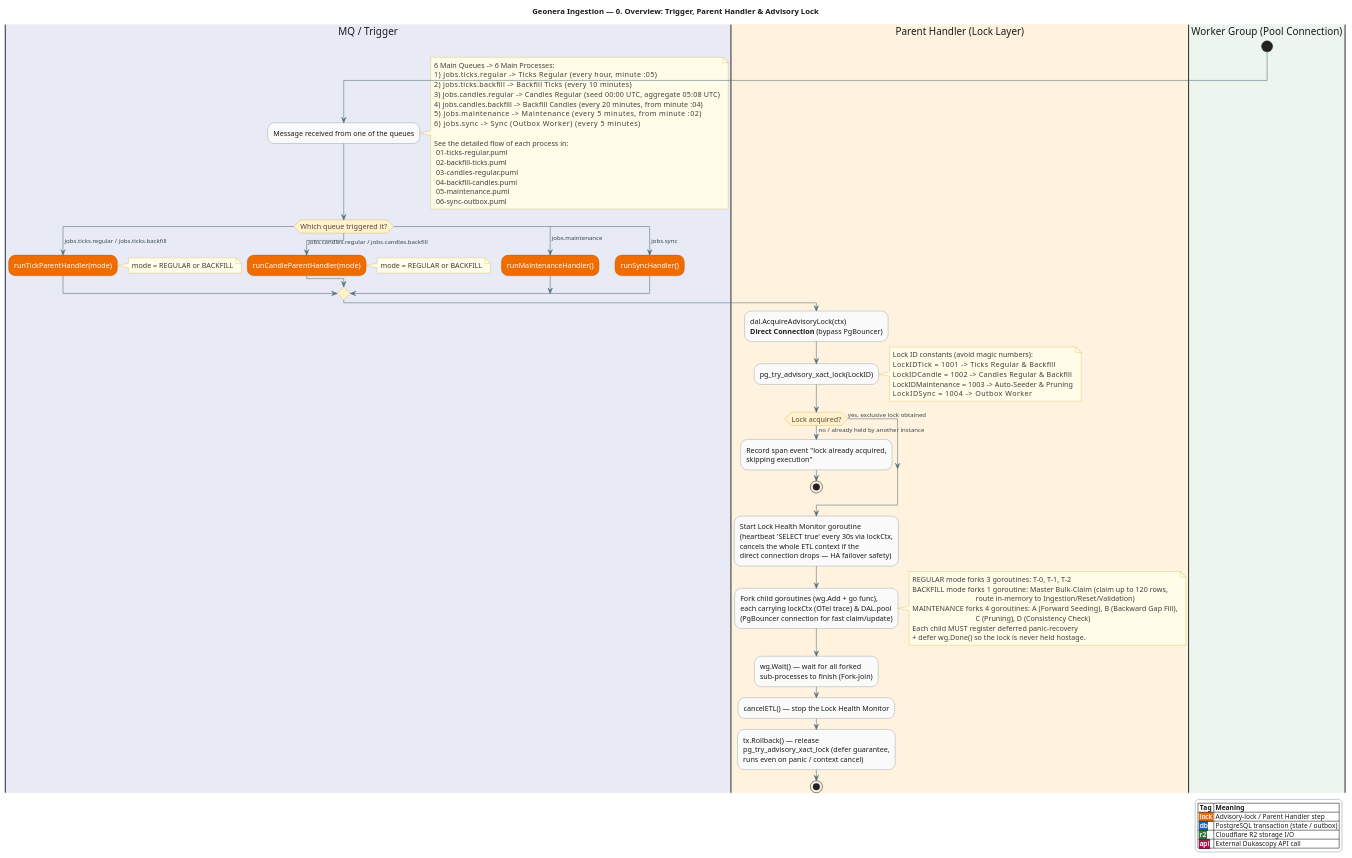
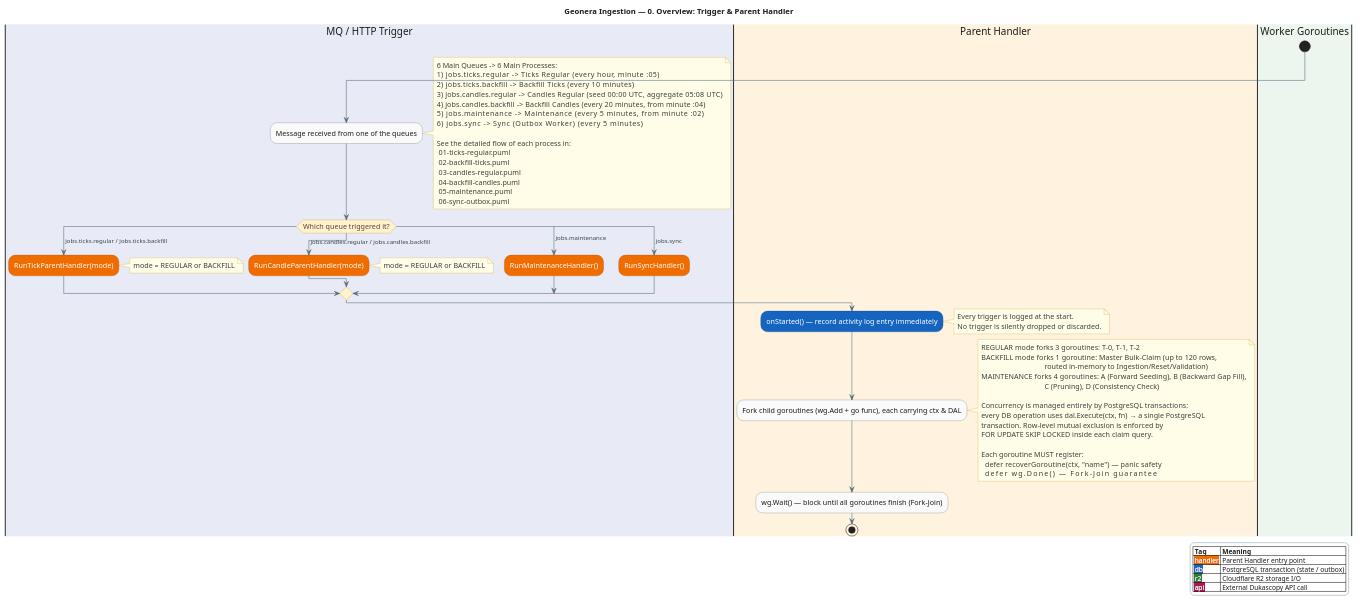
Before and after one commit to sanjari-dev/geonera-ingestion: the diagram in docs/flows/00-overview-and-locking.puml, drawn with PlantUML. The commit also changed 6 other files, not shown here.

First line of the commit message:
docs: update flow diagrams to reflect simplified architecture

```diff
--- a/docs/flows/00-overview-and-locking.puml
+++ b/docs/flows/00-overview-and-locking.puml
@@ -1,146 +1,129 @@
 @startuml 00-overview-and-locking
-title Geonera Ingestion — 0. Overview: Trigger, Parent Handler & Advisory Lock
+title Geonera Ingestion — 0. Overview: Trigger & Parent Handler
 
 skinparam backgroundColor #FFFFFF
 skinparam defaultFontColor #1B1B1B
 skinparam ArrowColor #546E7A
 skinparam ArrowFontColor #37474F
 
 skinparam activity {
   BackgroundColor #FAFAFA
   BorderColor #546E7A
   FontColor #1B1B1B
   FontSize 13
 
-  BackgroundColor<<lock>> #EF6C00
-  FontColor<<lock>> #FFFFFF
-  BorderColor<<lock>> #A34B00
+  BackgroundColor<<handler>> #EF6C00
+  FontColor<<handler>> #FFFFFF
+  BorderColor<<handler>> #A34B00
 
   BackgroundColor<<db>> #1565C0
   FontColor<<db>> #FFFFFF
   BorderColor<<db>> #0B3C78
 
   BackgroundColor<<r2>> #2E7D32
   FontColor<<r2>> #FFFFFF
   BorderColor<<r2>> #1B5E20
 
   BackgroundColor<<api>> #AD1457
   FontColor<<api>> #FFFFFF
   BorderColor<<api>> #6A0F38
 }
 
 skinparam activityDiamond {
   BackgroundColor #FFF3CD
   BorderColor #C79100
   FontColor #5D4037
 }
 
 skinparam legend {
   BackgroundColor #FFFFFF
   BorderColor #90A4AE
   FontColor #1B1B1B
   FontSize 12
   EntrySeparatorColor #CFD8DC
 }
 
 skinparam note {
   BackgroundColor #FFFDE7
   BorderColor #C9A227
   FontColor #3E3E3E
 }
 
 legend right
   |= Tag |= Meaning |
-  |<back:#EF6C00><color:#FFFFFF> lock </color></back>| Advisory-lock / Parent Handler step |
+  |<back:#EF6C00><color:#FFFFFF> handler </color></back>| Parent Handler entry point |
   |<back:#1565C0><color:#FFFFFF> db </color></back>| PostgreSQL transaction (state / outbox) |
   |<back:#2E7D32><color:#FFFFFF> r2 </color></back>| Cloudflare R2 storage I/O |
   |<back:#AD1457><color:#FFFFFF> api </color></back>| External Dukascopy API call |
 endlegend
 
-|#E8EAF6|MQ / Trigger|
-|#FFF3E0|Parent Handler (Lock Layer)|
-|#ECF6EF|Worker Group (Pool Connection)|
+|#E8EAF6|MQ / HTTP Trigger|
+|#FFF3E0|Parent Handler|
+|#ECF6EF|Worker Goroutines|
 
 start
 
-|MQ / Trigger|
+|MQ / HTTP Trigger|
 :Message received from one of the queues;
 note right
   6 Main Queues -> 6 Main Processes:
   1) jobs.ticks.regular     -> Ticks Regular        (every hour, minute :05)
   2) jobs.ticks.backfill    -> Backfill Ticks       (every 10 minutes)
   3) jobs.candles.regular   -> Candles Regular      (seed 00:00 UTC, aggregate 05:08 UTC)
   4) jobs.candles.backfill  -> Backfill Candles     (every 20 minutes, from minute :04)
   5) jobs.maintenance       -> Maintenance          (every 5 minutes, from minute :02)
   6) jobs.sync              -> Sync (Outbox Worker) (every 5 minutes)
 
   See the detailed flow of each process in:
    01-ticks-regular.puml
    02-backfill-ticks.puml
    03-candles-regular.puml
    04-backfill-candles.puml
    05-maintenance.puml
    06-sync-outbox.puml
 end note
 
 switch (Which queue triggered it?)
 case ( jobs.ticks.regular / jobs.ticks.backfill )
-  :runTickParentHandler(mode);<<lock>>
+  :RunTickParentHandler(mode);<<handler>>
   note right: mode = REGULAR or BACKFILL
 case ( jobs.candles.regular / jobs.candles.backfill )
-  :runCandleParentHandler(mode);<<lock>>
+  :RunCandleParentHandler(mode);<<handler>>
   note right: mode = REGULAR or BACKFILL
 case ( jobs.maintenance )
-  :runMaintenanceHandler();<<lock>>
+  :RunMaintenanceHandler();<<handler>>
 case ( jobs.sync )
-  :runSyncHandler();<<lock>>
+  :RunSyncHandler();<<handler>>
 endswitch
 
-|Parent Handler (Lock Layer)|
-:dal.AcquireAdvisoryLock(ctx)
-**Direct Connection** (bypass PgBouncer);
-:pg_try_advisory_xact_lock(LockID);
+|Parent Handler|
+:onStarted() — record activity log entry immediately;<<db>>
 note right
-  Lock ID constants (avoid magic numbers):
-  LockIDTick        = 1001  -> Ticks Regular & Backfill
-  LockIDCandle      = 1002  -> Candles Regular & Backfill
-  LockIDMaintenance = 1003  -> Auto-Seeder & Pruning
-  LockIDSync        = 1004  -> Outbox Worker
+  Every trigger is logged at the start.
+  No trigger is silently dropped or discarded.
 end note
 
-if (Lock acquired?) then (no / already held by another instance)
-  :Record span event "lock already acquired,
-  skipping execution";
-  stop
-else (yes, exclusive lock obtained)
-endif
-
-:Start Lock Health Monitor goroutine
-(heartbeat 'SELECT true' every 30s via lockCtx,
-cancels the whole ETL context if the
-direct connection drops — HA failover safety);
-:Fork child goroutines (wg.Add + go func),
-each carrying lockCtx (OTel trace) & DAL.pool
-(PgBouncer connection for fast claim/update);
-
+:Fork child goroutines (wg.Add + go func), each carrying ctx & DAL;
 note right
   REGULAR mode forks 3 goroutines: T-0, T-1, T-2
-  BACKFILL mode forks 1 goroutine:  Master Bulk-Claim (claim up to 120 rows,
-                                    route in-memory to Ingestion/Reset/Validation)
+  BACKFILL mode forks 1 goroutine:  Master Bulk-Claim (up to 120 rows,
+                                    routed in-memory to Ingestion/Reset/Validation)
   MAINTENANCE forks 4 goroutines:   A (Forward Seeding), B (Backward Gap Fill),
                                     C (Pruning), D (Consistency Check)
-  Each child MUST register deferred panic-recovery
-  + defer wg.Done() so the lock is never held hostage.
+
+  Concurrency is managed entirely by PostgreSQL transactions:
+  every DB operation uses dal.Execute(ctx, fn) → a single PostgreSQL
+  transaction. Row-level mutual exclusion is enforced by
+  FOR UPDATE SKIP LOCKED inside each claim query.
+
+  Each goroutine MUST register:
+    defer recoverGoroutine(ctx, "name")   — panic safety
+    defer wg.Done()                       — Fork-Join guarantee
 end note
 
-:wg.Wait() — wait for all forked
-sub-processes to finish (Fork-Join);
+:wg.Wait() — block until all goroutines finish (Fork-Join);
 
-|Parent Handler (Lock Layer)|
-:cancelETL() — stop the Lock Health Monitor;
-:tx.Rollback() — release
-pg_try_advisory_xact_lock (defer guarantee,
-runs even on panic / context cancel);
+|Parent Handler|
 stop
 
 @enduml
```
